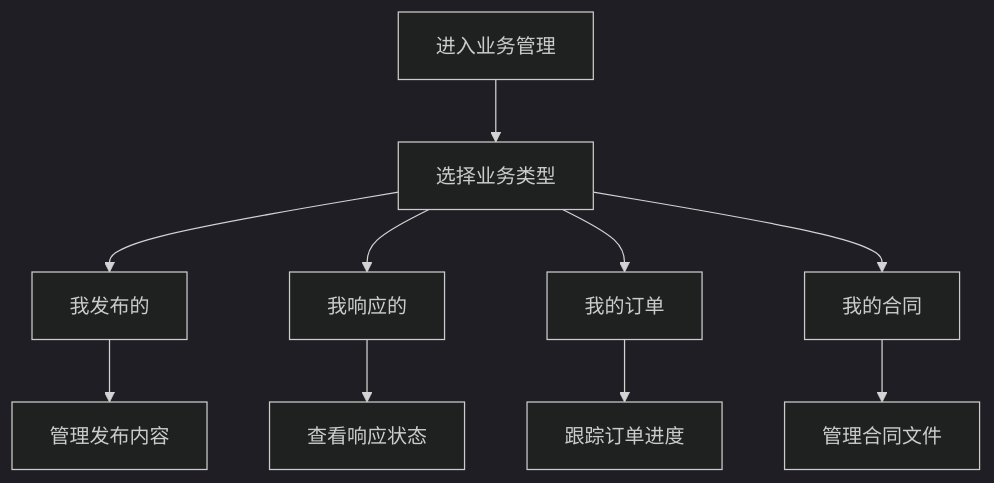
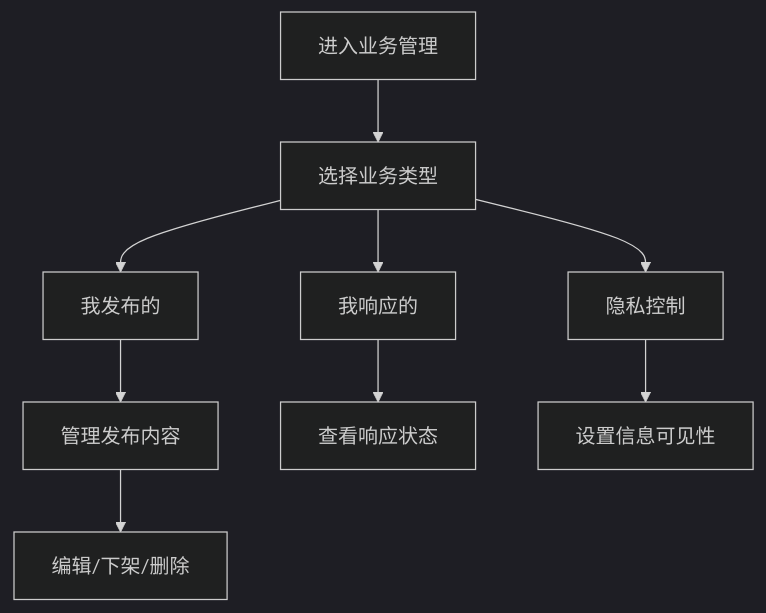
Before and after one commit to 573746624-hash/JZT------20260310: the diagram in docs/产业管理/我的业务管理.md, drawn with Mermaid (dark theme). The commit also changed other lines of this file and 88 other files, not shown here.

````diff
--- a/docs/产业管理/我的业务管理.md
+++ b/docs/产业管理/我的业务管理.md
@@ -30,12 +29,11 @@
 ```mermaid
 flowchart TD
     A[进入业务管理] --> B[选择业务类型]
     B --> C[我发布的]
     B --> D[我响应的]
-    B --> E[我的订单]
-    B --> F[我的合同]
-    C --> G[管理发布内容]
+    B --> E[隐私控制]
+    C --> F[管理发布内容]
+    F --> G[编辑/下架/删除]
     D --> H[查看响应状态]
-    E --> I[跟踪订单进度]
-    F --> J[管理合同文件]
+    E --> I[设置信息可见性]
 ```
````
